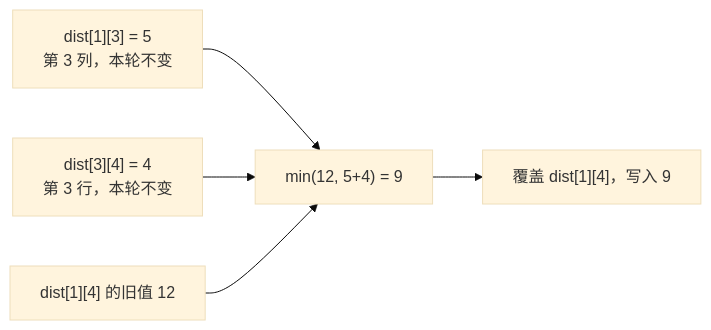
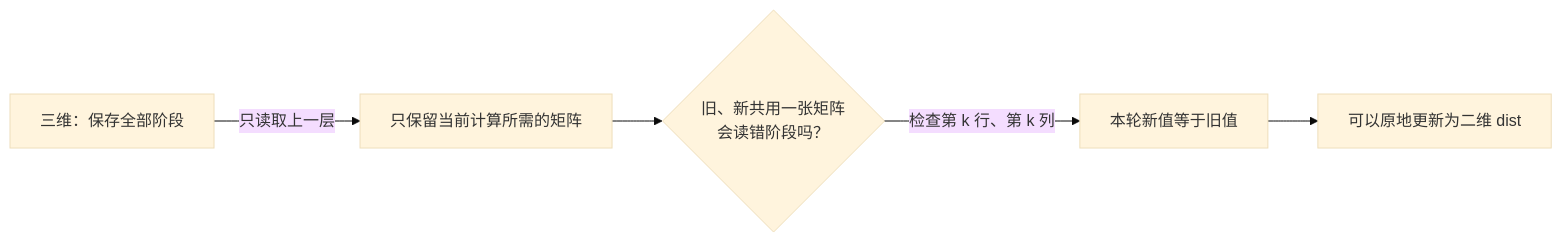
Before and after one commit to zzhen0710/algorithm-notes: the first of 4 diagrams in notes/06-graph-and-tree/09-floyd.md, drawn with Mermaid (base theme). The commit also changed other lines of this file and 9 other files, not shown here.

````diff
--- a/notes/06-graph-and-tree/09-floyd.md
+++ b/notes/06-graph-and-tree/09-floyd.md
@@ -221,7 +265,7 @@
 ```mermaid
 flowchart LR
-    A["dist[1][3] = 5<br/>第 3 列，本轮不变"] --> C["min(12, 5+4) = 9"]
-    B["dist[3][4] = 4<br/>第 3 行，本轮不变"] --> C
-    D["dist[1][4] 的旧值 12"] --> C
-    C --> E["覆盖 dist[1][4]，写入 9"]
+    A["三维：保存全部阶段"] -->|"只读取上一层"| B["只保留当前计算所需的矩阵"]
+    B --> C{"旧、新共用一张矩阵<br/>会读错阶段吗？"}
+    C -->|"检查第 k 行、第 k 列"| D["本轮新值等于旧值"]
+    D --> E["可以原地更新为二维 dist"]
 ```
````
